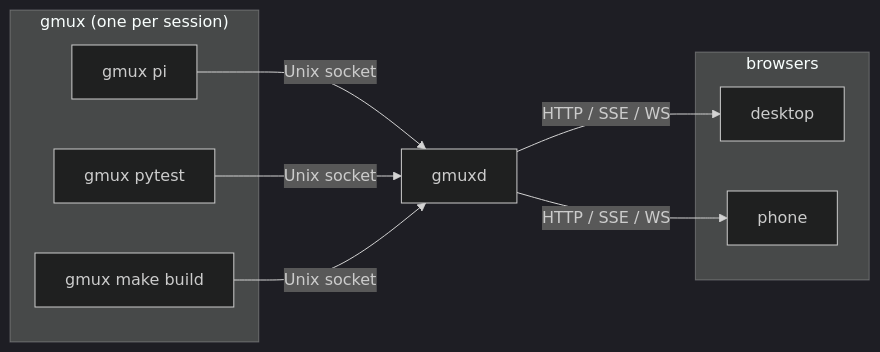
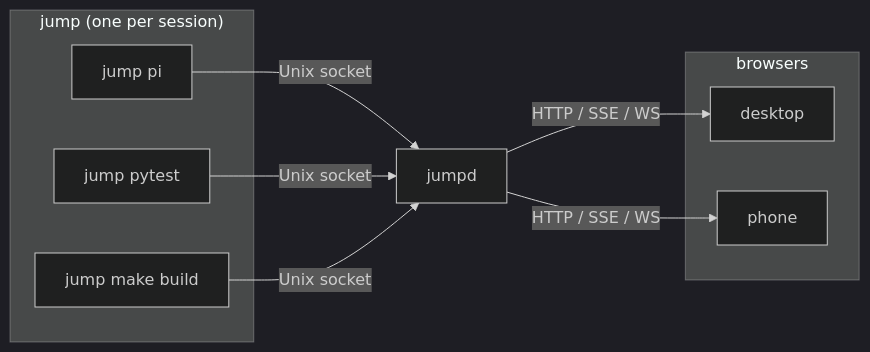
One commit to btmc0/datai changed the diagram in apps/website/src/content/docs/architecture.md. Above: the diagram before and after it, drawn with Mermaid. The commit also changed other lines of this file and 487 other files, not shown here.

````diff
--- a/apps/website/src/content/docs/architecture.md
+++ b/apps/website/src/content/docs/architecture.md
@@ -53,22 +53,22 @@
 ```mermaid
 %%{init: {'theme': 'dark'}}%%
 graph LR
-    subgraph runners ["gmux (one per session)"]
-        r1["gmux pi"]
-        r2["gmux pytest"]
-        r3["gmux make build"]
+    subgraph runners ["jump (one per session)"]
+        r1["jump pi"]
+        r2["jump pytest"]
+        r3["jump make build"]
     end
 
-    d["gmuxd"]
+    d["jumpd"]
 
     subgraph clients ["browsers"]
         b1["desktop"]
         b2["phone"]
     end
 
     r1 -- "Unix socket" --> d
     r2 -- "Unix socket" --> d
     r3 -- "Unix socket" --> d
     d -- "HTTP / SSE / WS" --> b1
     d -- "HTTP / SSE / WS" --> b2
 ```
````
